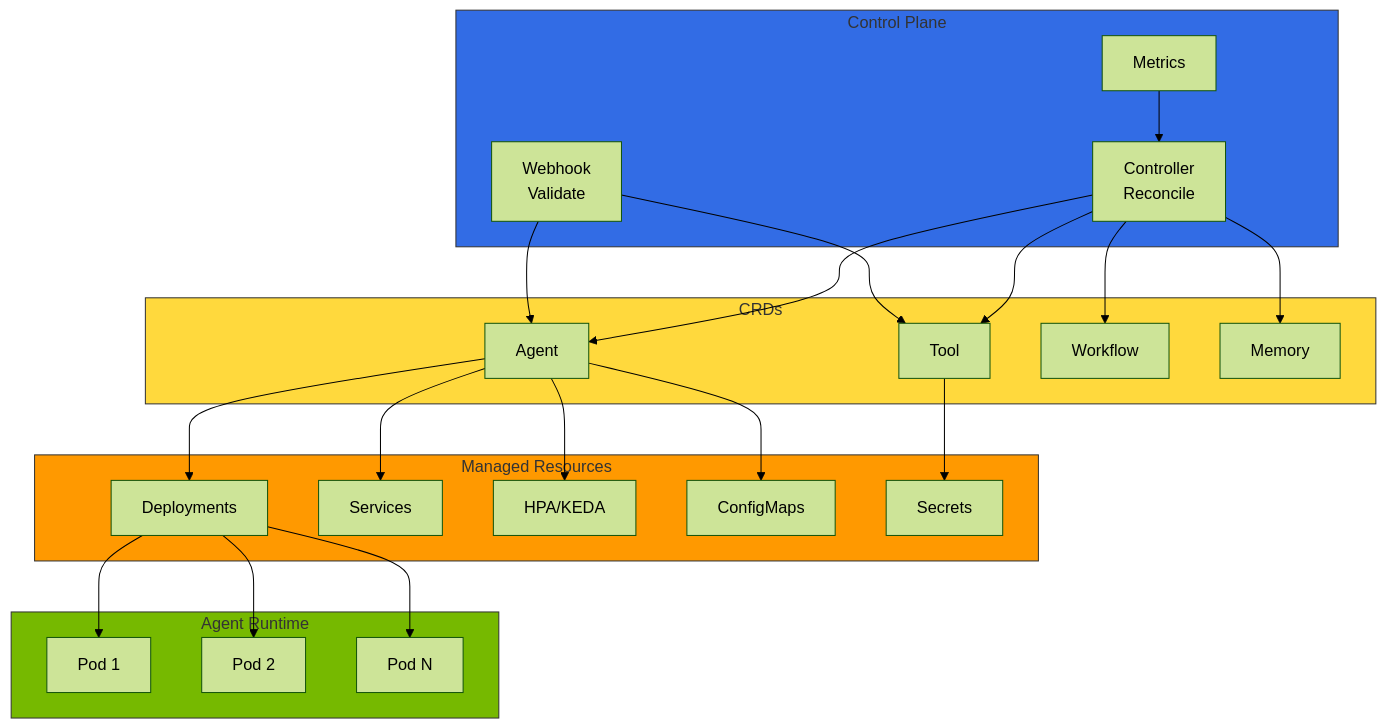
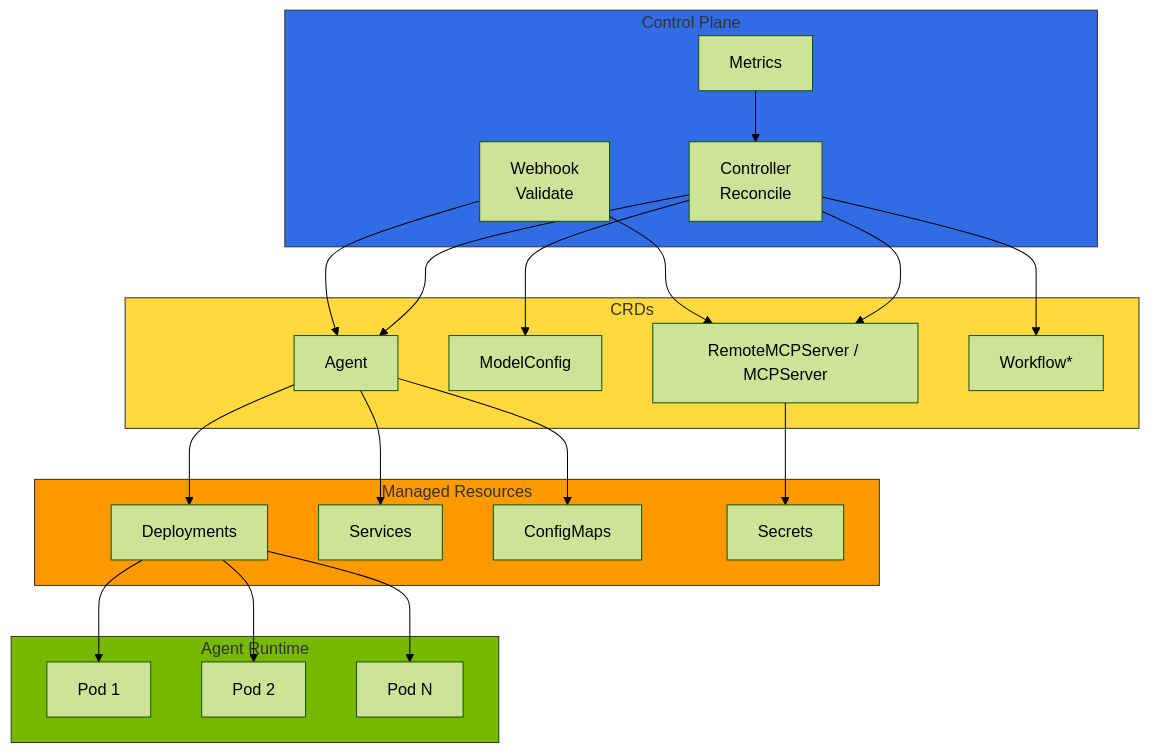
Before and after one commit to devfloor9/engineering-playbook: the first of 4 diagrams in i18n/ko/docusaurus-plugin-content-docs/current/agentic-ai-platform/operations-mlops/observability/kagent-kubernetes-agents.md, drawn with Mermaid (forest theme). The commit also changed other lines of this file and 13 other files, not shown here.

````diff
--- a/i18n/ko/docusaurus-plugin-content-docs/current/agentic-ai-platform/operations-mlops/observability/kagent-kubernetes-agents.md
+++ b/i18n/ko/docusaurus-plugin-content-docs/current/agentic-ai-platform/operations-mlops/observability/kagent-kubernetes-agents.md
@@ -74,44 +74,43 @@
 ```mermaid
 flowchart TB
     subgraph CP["Control Plane"]
         CTRL[Controller<br/>Reconcile]
         WH[Webhook<br/>Validate]
         MET[Metrics]
     end
 
     subgraph CRD["CRDs"]
         A_CRD[Agent]
-        T_CRD[Tool]
-        W_CRD[Workflow]
-        M_CRD[Memory]
+        MC_CRD[ModelConfig]
+        MCP_CRD[RemoteMCPServer / MCPServer]
+        W_CRD[Workflow*]
     end
 
     subgraph RES["Managed Resources"]
         DEP[Deployments]
         SVC[Services]
-        HPA[HPA/KEDA]
         CM[ConfigMaps]
         SEC[Secrets]
     end
 
     subgraph RT["Agent Runtime"]
         P1[Pod 1]
         P2[Pod 2]
         PN[Pod N]
     end
 
-    CTRL --> A_CRD & T_CRD & W_CRD & M_CRD
-    WH --> A_CRD & T_CRD
+    CTRL --> A_CRD & MC_CRD & MCP_CRD & W_CRD
+    WH --> A_CRD & MCP_CRD
 
-    A_CRD --> DEP & SVC & HPA & CM
-    T_CRD --> SEC
+    A_CRD --> DEP & SVC & CM
+    MCP_CRD --> SEC
 
     DEP --> P1 & P2 & PN
 
     MET --> CTRL
 
     style CP fill:#326ce5,stroke:#333
     style CRD fill:#ffd93d,stroke:#333
     style RES fill:#ff9900,stroke:#333
     style RT fill:#76b900,stroke:#333
 ```
````
